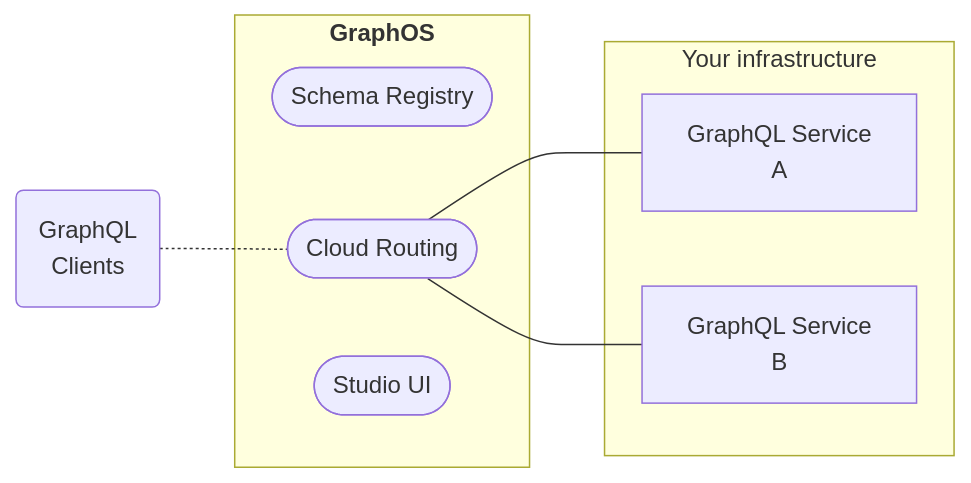
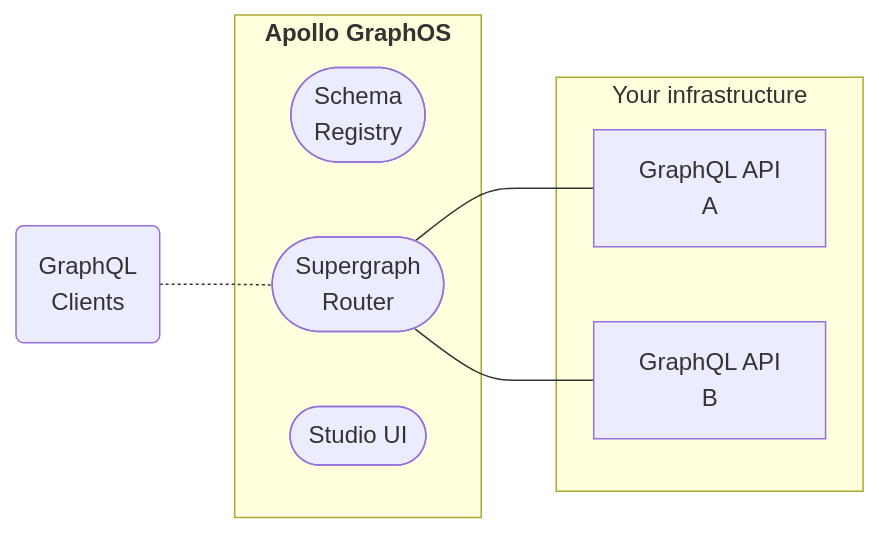
One commit to apollographql/docs changed the diagram in src/content/graphos/basics/index.mdx. Above: the diagram before and after it, drawn with Mermaid. The commit also changed 4 other files, not shown here.

````diff
--- a/src/content/graphos/basics/index.mdx
+++ b/src/content/graphos/basics/index.mdx
@@ -10,16 +10,16 @@
 ```mermaid
 flowchart LR;
   clients("GraphQL<br/>Clients");
-  subgraph "<b>GraphOS</b>";
-  registry(["Schema Registry"]);
-  router(["Cloud Routing"]);
+  subgraph "<b>Apollo GraphOS</b>";
+  registry(["Schema<br/>Registry"]);
+  router(["Supergraph<br/>Router"]);
   studio(["Studio UI"]);
   end;
   subgraph "Your infrastructure";
-  products["GraphQL Service<br/>A"];
-  reviews["GraphQL Service<br/>B"];
+  products["GraphQL API<br/>A"];
+  reviews["GraphQL API<br/>B"];
   router --- products & reviews
   end;
   clients -.- router;
   class clients secondary;
 ```
````
